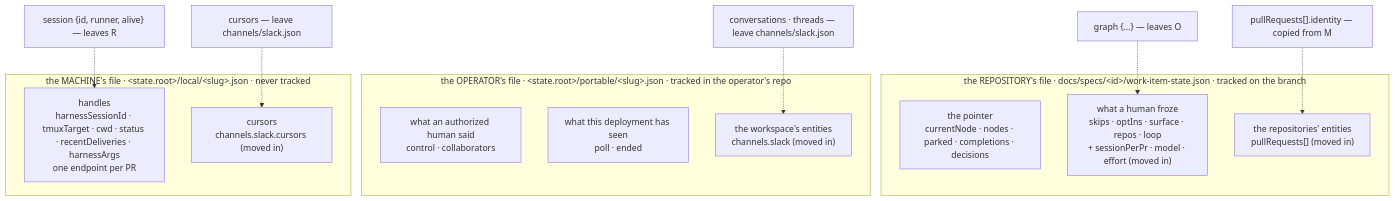
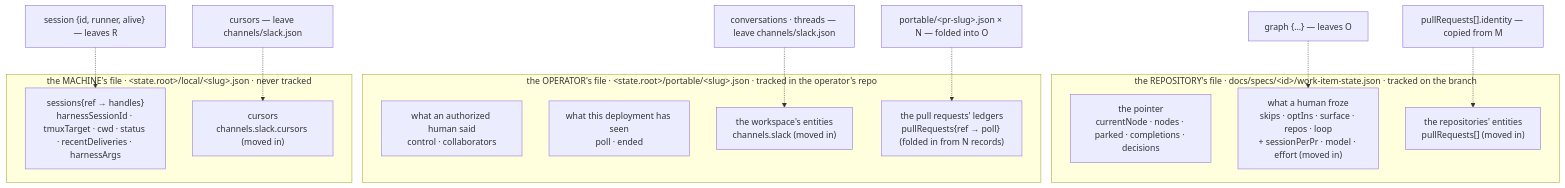
One commit to MadaraUchiha-314/the-loop changed the first of 3 diagrams in docs/specs/issue-368/design.md. Above: the diagram before and after it, drawn with Mermaid. The commit also changed other lines of this file and 2 other files, not shown here.

First line of the commit message:
docs(issue-368): one portable record per work item; the local file replicates nothing about a PR

````diff
--- a/docs/specs/issue-368/design.md
+++ b/docs/specs/issue-368/design.md
@@ -22,22 +22,24 @@
 ```mermaid
 flowchart TB
     subgraph R["the REPOSITORY's file · docs/specs/&lt;id&gt;/work-item-state.json · tracked on the branch"]
         R1["the pointer<br/>currentNode · nodes · parked · completions · decisions"]
         R2["what a human froze<br/>skips · optIns · surface · repos · loop<br/>+ sessionPerPr · model · effort (moved in)"]
         R3["the repositories' entities<br/>pullRequests[] (moved in)"]
     end
     subgraph O["the OPERATOR's file · &lt;state.root&gt;/portable/&lt;slug&gt;.json · tracked in the operator's repo"]
         O1["what an authorized human said<br/>control · collaborators"]
         O2["what this deployment has seen<br/>poll · ended"]
         O3["the workspace's entities<br/>channels.slack (moved in)"]
+        O4["the pull requests' ledgers<br/>pullRequests{ref → poll} (folded in from N records)"]
     end
     subgraph M["the MACHINE's file · &lt;state.root&gt;/local/&lt;slug&gt;.json · never tracked"]
-        M1["handles<br/>harnessSessionId · tmuxTarget · cwd · status · recentDeliveries · harnessArgs<br/>one endpoint per PR"]
+        M1["sessions{ref → handles}<br/>harnessSessionId · tmuxTarget · cwd · status · recentDeliveries · harnessArgs"]
         M2["cursors<br/>channels.slack.cursors (moved in)"]
     end
     X1["session {id, runner, alive} — leaves R"] -.-> M1
     X2["graph {…} — leaves O"] -.-> R2
     X3["pullRequests[].identity — copied from M"] -.-> R3
     X4["conversations · threads — leave channels/slack.json"] -.-> O3
     X5["cursors — leave channels/slack.json"] -.-> M2
+    X6["portable/&lt;pr-slug&gt;.json × N — folded into O"] -.-> O4
 ```
````
